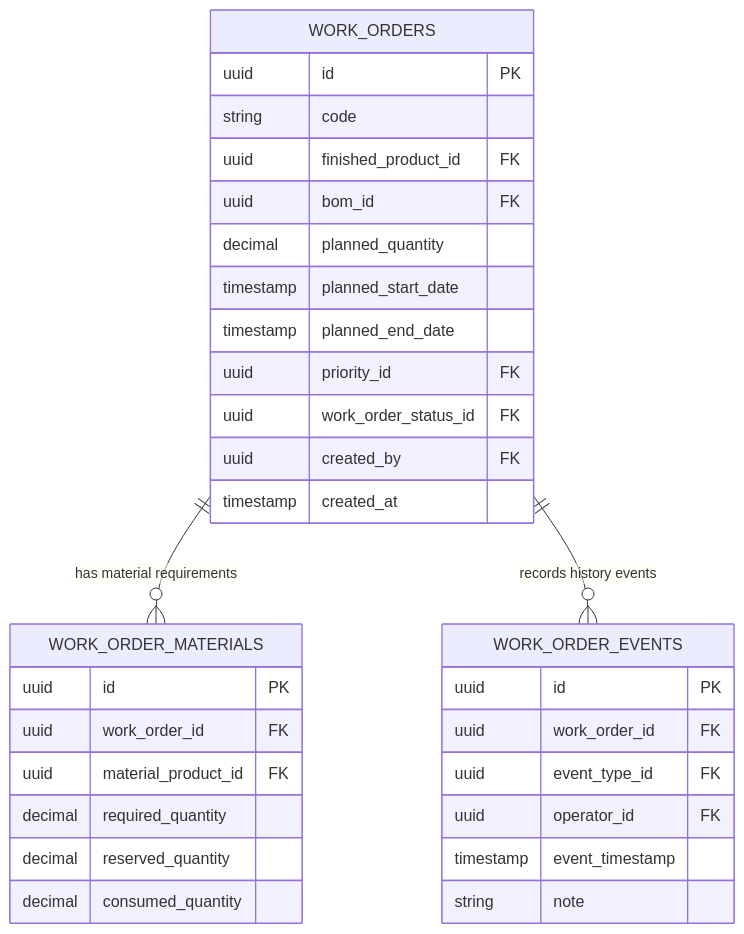
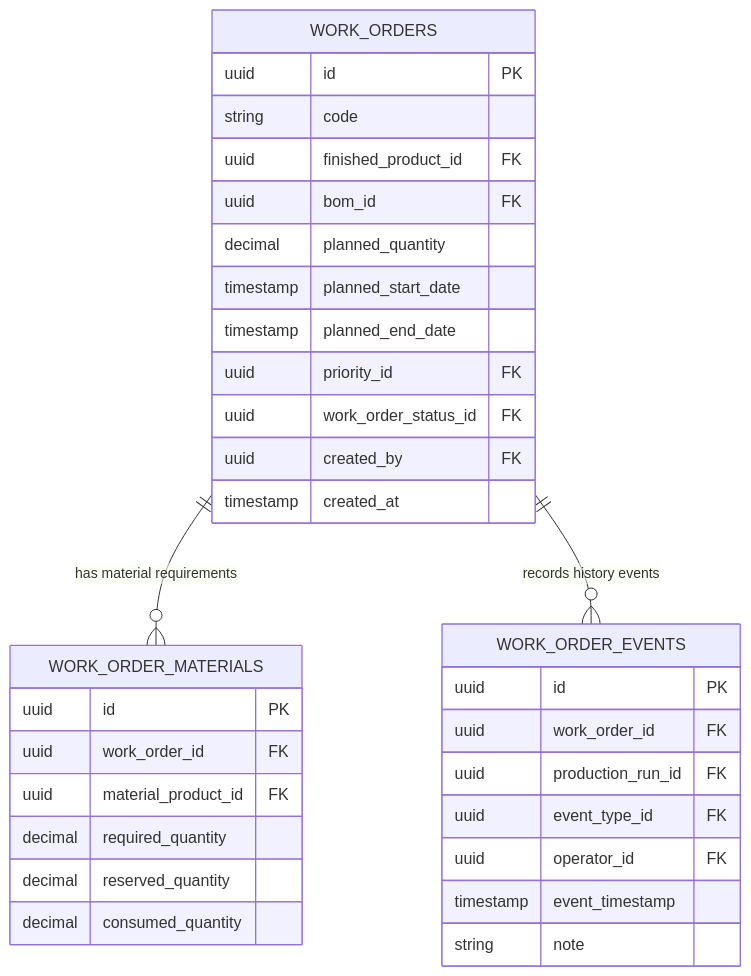
Before and after one commit to GroupFresherNhanMentor/MES: the diagram in specs/wo-003-get-work-order-detail/data-model.md, drawn with Mermaid. The commit also changed other lines of this file and 70 other files, not shown here.

````diff
--- a/specs/wo-003-get-work-order-detail/data-model.md
+++ b/specs/wo-003-get-work-order-detail/data-model.md
@@ -50,34 +51,35 @@
 ```mermaid
 erDiagram
     WORK_ORDERS ||--o{ WORK_ORDER_MATERIALS : "has material requirements"
     WORK_ORDERS ||--o{ WORK_ORDER_EVENTS : "records history events"
     WORK_ORDERS {
         uuid id PK
         string code
         uuid finished_product_id FK
         uuid bom_id FK
         decimal planned_quantity
         timestamp planned_start_date
         timestamp planned_end_date
         uuid priority_id FK
         uuid work_order_status_id FK
         uuid created_by FK
         timestamp created_at
     }
     WORK_ORDER_MATERIALS {
         uuid id PK
         uuid work_order_id FK
         uuid material_product_id FK
         decimal required_quantity
         decimal reserved_quantity
         decimal consumed_quantity
     }
     WORK_ORDER_EVENTS {
         uuid id PK
         uuid work_order_id FK
+        uuid production_run_id FK
         uuid event_type_id FK
         uuid operator_id FK
         timestamp event_timestamp
         string note
     }
 ```
````
